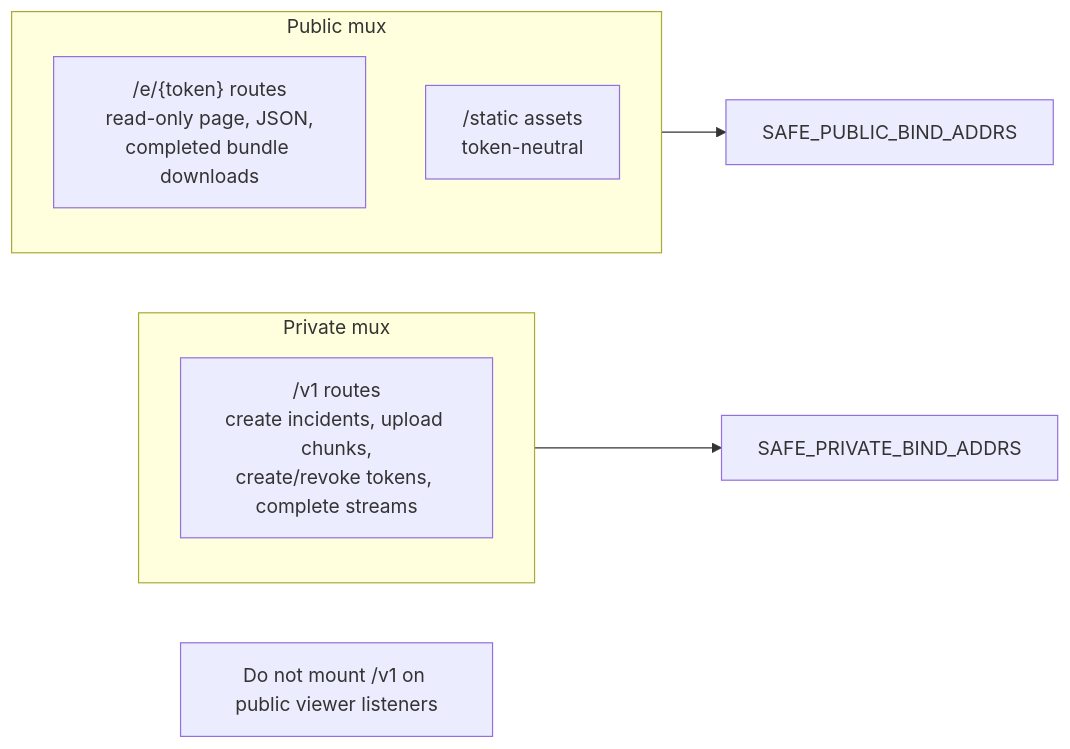
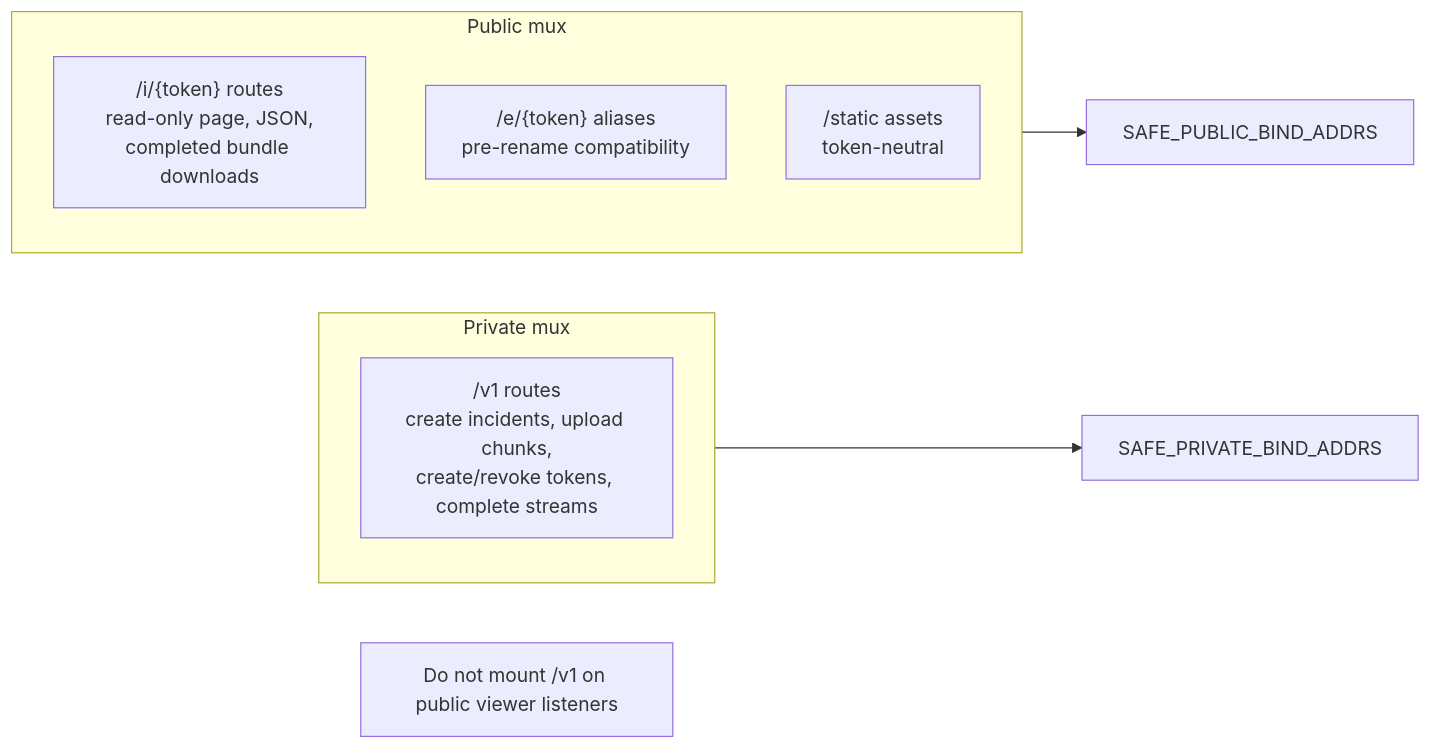
The fourth of 4 diagrams in docs/architecture.md (open-proofline/server), drawn with Mermaid before and after one commit. The commit also changed other lines of this file and 100 other files, not shown here.

````diff
--- a/docs/architecture.md
+++ b/docs/architecture.md
@@ -72,16 +118,17 @@
 ```mermaid
 flowchart LR
     subgraph PrivateMux["Private mux"]
         V1["/v1 routes<br/>create incidents, upload chunks,<br/>create/revoke tokens, complete streams"]
     end
 
     subgraph PublicMux["Public mux"]
-        Emergency["/e/{token} routes<br/>read-only page, JSON,<br/>completed bundle downloads"]
+        Viewer["/i/{token} routes<br/>read-only page, JSON,<br/>completed bundle downloads"]
+        LegacyViewer["/e/{token} aliases<br/>pre-rename compatibility"]
         Static["/static assets<br/>token-neutral"]
     end
 
     PrivateMux --> PrivateBind["SAFE_PRIVATE_BIND_ADDRS"]
     PublicMux --> PublicBind["SAFE_PUBLIC_BIND_ADDRS"]
 
     Warning["Do not mount /v1 on public viewer listeners"]
 ```
````
